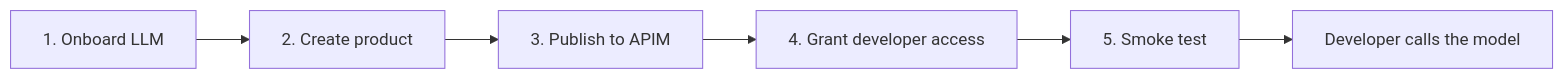
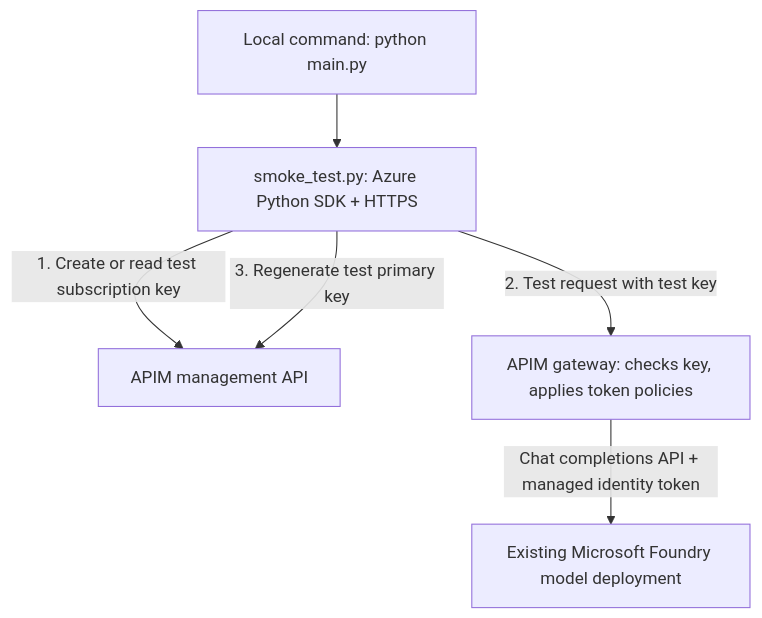
The third of 3 diagrams in README.md (naveenragit/apim-llm-onboarding), drawn with Mermaid before and after one commit. The commit also changed other lines of this file and 6 other files, not shown here.

````diff
--- a/README.md
+++ b/README.md
@@ -38,8 +93,8 @@
 ```mermaid
-flowchart LR
-    A["1. Onboard LLM"] --> B["2. Create product"]
-    B --> C["3. Publish to APIM"]
-    C --> D["4. Grant developer access"]
-    D --> E["5. Smoke test"]
-    E --> F["Developer calls the model"]
+flowchart TB
+  Main["Local command: python main.py"] --> Smoke["smoke_test.py: Azure Python SDK + HTTPS"]
+  Smoke -->|"1. Create or read test subscription key"| Management["APIM management API"]
+  Smoke -->|"2. Test request with test key"| Gateway["APIM gateway: checks key, applies token policies"]
+  Gateway -->|"Chat completions API + managed identity token"| Model["Existing Microsoft Foundry model deployment"]
+  Smoke -->|"3. Regenerate test primary key"| Management
 ```
````
